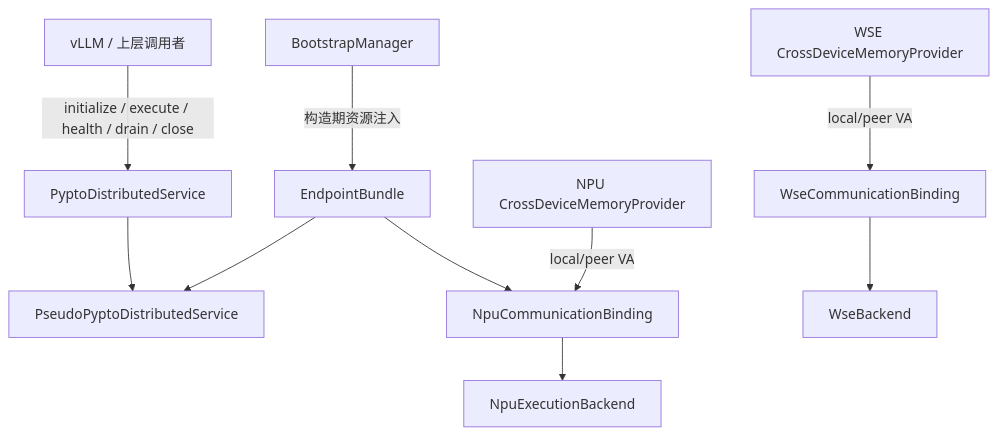
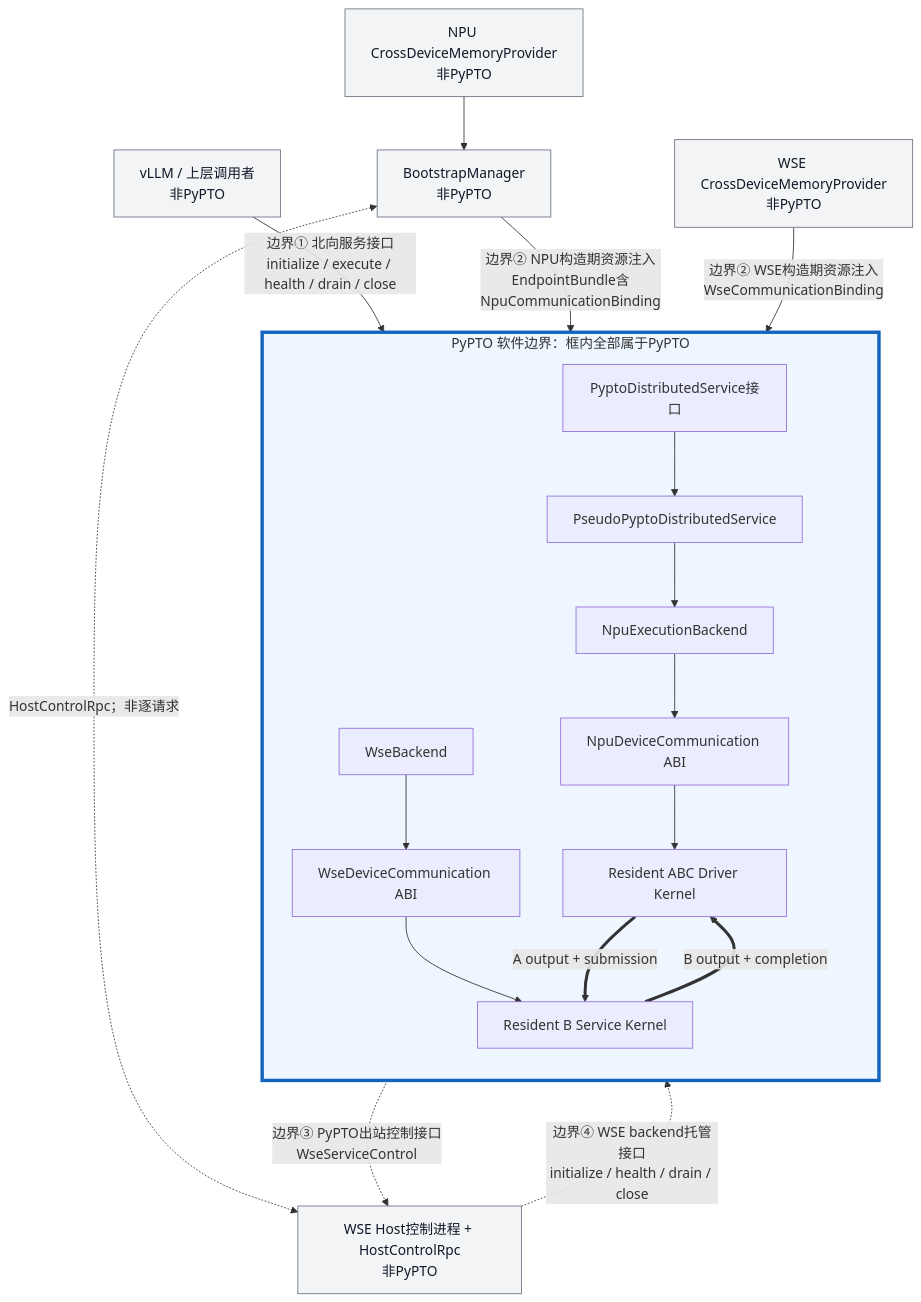
One commit to zhusy54/vllm-ascend changed the diagram in pypto_docs/pypto-external-interface-design.md. Above: the diagram before and after it, drawn with Mermaid. The commit also changed other lines of this file, not shown here.

Commit message:
docs(pypto): clarify external interface boundary
Draw an explicit PyPTO software boundary and label the northbound service, resource injection, outbound WSE control, and WSE backend hosting interfaces.

````diff
--- a/pypto_docs/pypto-external-interface-design.md
+++ b/pypto_docs/pypto-external-interface-design.md
@@ -14,24 +14,41 @@
 ```mermaid
 flowchart TB
-    U["vLLM / 上层调用者"]
-    A["PyptoDistributedService"]
-    S["PseudoPyptoDistributedService"]
-    E["EndpointBundle"]
-    NB["NpuCommunicationBinding"]
-    WB["WseCommunicationBinding"]
-    B["BootstrapManager"]
-    P1["NPU CrossDeviceMemoryProvider"]
-    P2["WSE CrossDeviceMemoryProvider"]
-    N["NpuExecutionBackend"]
-    W["WseBackend"]
+    U["vLLM / 上层调用者<br/>非PyPTO"]
+    B["BootstrapManager<br/>非PyPTO"]
+    P1["NPU CrossDeviceMemoryProvider<br/>非PyPTO"]
+    P2["WSE CrossDeviceMemoryProvider<br/>非PyPTO"]
+    C["WSE Host控制进程 + HostControlRpc<br/>非PyPTO"]
 
-    U -->|"initialize / execute / health / drain / close"| A
-    A --> S
-    B -->|"构造期资源注入"| E
-    E --> S
-    E --> NB
-    NB --> N
-    P1 -->|"local/peer VA"| NB
-    P2 -->|"local/peer VA"| WB
-    WB --> W
+    subgraph PYPTO["PyPTO 软件边界：框内全部属于PyPTO"]
+        direction TB
+        A["PyptoDistributedService接口"]
+        S["PseudoPyptoDistributedService"]
+        N["NpuExecutionBackend"]
+        NC["NpuDeviceCommunication ABI"]
+        NK["Resident ABC Driver Kernel"]
+        W["WseBackend"]
+        WC["WseDeviceCommunication ABI"]
+        WK["Resident B Service Kernel"]
+
+        A --> S
+        S --> N
+        N --> NC
+        NC --> NK
+        W --> WC
+        WC --> WK
+        NK ==>|"A output + submission"| WK
+        WK ==>|"B output + completion"| NK
+    end
+
+    U -->|"边界① 北向服务接口<br/>initialize / execute / health / drain / close"| A
+    P1 --> B
+    B -->|"边界② NPU构造期资源注入<br/>EndpointBundle含NpuCommunicationBinding"| S
+    P2 -->|"边界② WSE构造期资源注入<br/>WseCommunicationBinding"| W
+    S -.->|"边界③ PyPTO出站控制接口<br/>WseServiceControl"| C
+    C -.->|"边界④ WSE backend托管接口<br/>initialize / health / drain / close"| W
+    B <-.->|"HostControlRpc；非逐请求"| C
+
+    classDef external fill:#f3f4f6,stroke:#6b7280,color:#111827
+    class U,B,P1,P2,C external
+    style PYPTO fill:#eef6ff,stroke:#1565c0,stroke-width:4px
 ```
````
